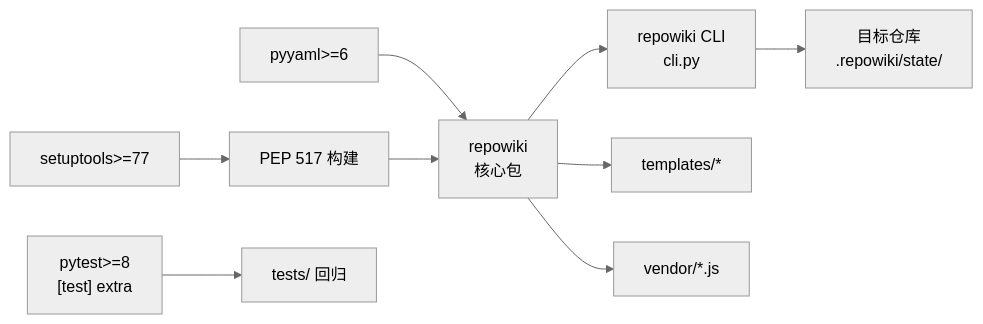
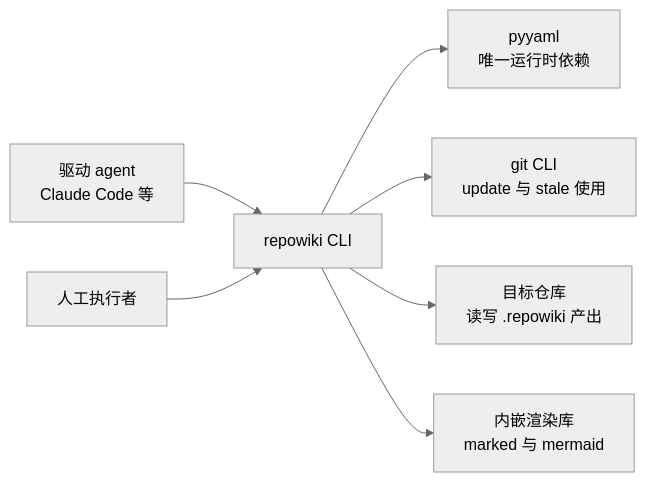
Before and after one commit to luomsis/repowiki: the third of 3 diagrams in .repowiki/zh/content/项目概述/项目概述.md, drawn with Mermaid (neutral theme). The commit also changed other lines of this file and 62 other files, not shown here.

````diff
--- a/.repowiki/zh/content/项目概述/项目概述.md
+++ b/.repowiki/zh/content/项目概述/项目概述.md
@@ -208,12 +170,9 @@
 ```mermaid
 graph LR
-A["pyyaml>=6"] --> B["repowiki<br/>核心包"]
-C["setuptools>=77"] --> D["PEP 517 构建"]
-E["pytest>=8<br/>[test] extra"] --> F["tests/ 回归"]
-D --> B
-B --> G["repowiki CLI<br/>cli.py"]
-B --> H["templates/*"]
-B --> I["vendor/*.js"]
-G --> J["目标仓库<br/>.repowiki/state/"]
-
+AGENT["驱动 agent<br/>Claude Code 等"] --> CLI["repowiki CLI"]
+HUMAN["人工执行者"] --> CLI
+CLI --> PY["pyyaml<br/>唯一运行时依赖"]
+CLI --> GIT["git CLI<br/>update 与 stale 使用"]
+CLI --> REPO["目标仓库<br/>读写 .repowiki 产出"]
+CLI --> VENDOR["内嵌渲染库<br/>marked 与 mermaid"]
 ```
````
